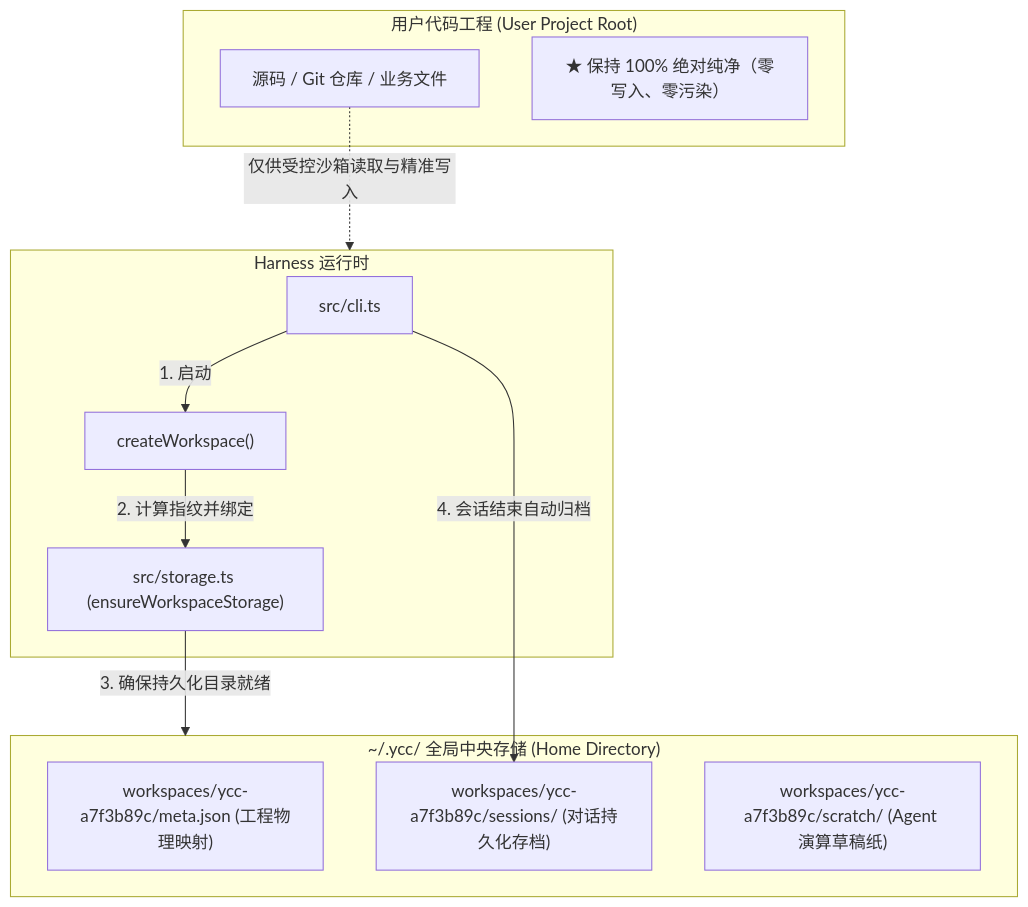
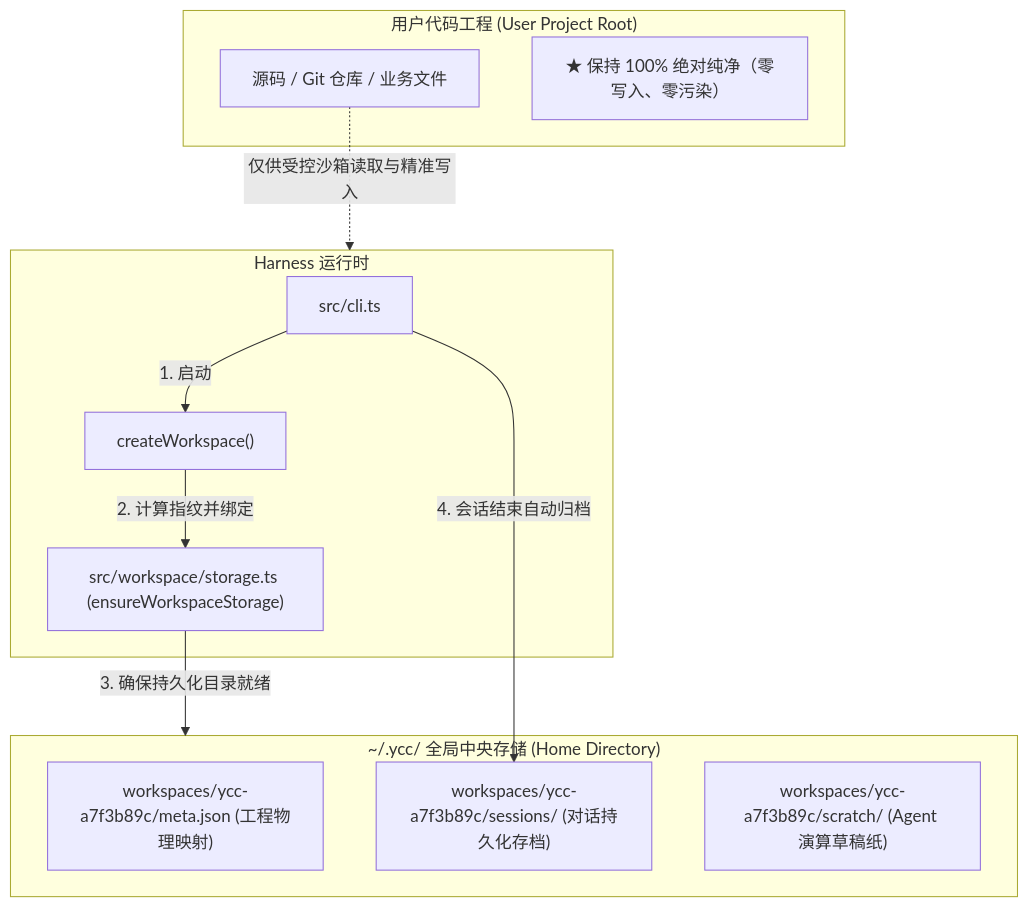
Before and after one commit to Yancheng-s/ycc: the first of 2 diagrams in docs/09-workspace-global-storage.md, drawn with Mermaid. The commit also changed other lines of this file and 15 other files, not shown here.

````diff
--- a/docs/09-workspace-global-storage.md
+++ b/docs/09-workspace-global-storage.md
@@ -85,25 +85,25 @@
 ```mermaid
 flowchart TD
     subgraph HostProject ["用户代码工程 (User Project Root)"]
         SourceCode["源码 / Git 仓库 / 业务文件"]
         NoLitter["★ 保持 100% 绝对纯净（零写入、零污染）"]
     end
 
     subgraph YccHome ["~/.ycc/ 全局中央存储 (Home Directory)"]
         MetaFile["workspaces/ycc-a7f3b89c/meta.json (工程物理映射)"]
         SessionsDir["workspaces/ycc-a7f3b89c/sessions/ (对话持久化存档)"]
         ScratchDir["workspaces/ycc-a7f3b89c/scratch/ (Agent 演算草稿纸)"]
     end
 
     subgraph Runtime ["Harness 运行时"]
         CLI["src/cli.ts"]
         WS["createWorkspace()"]
-        Storage["src/storage.ts (ensureWorkspaceStorage)"]
+        Storage["src/workspace/storage.ts (ensureWorkspaceStorage)"]
     end
 
     CLI -->|1. 启动| WS
     WS -->|2. 计算指纹并绑定| Storage
     Storage -->|3. 确保持久化目录就绪| YccHome
     SourceCode -.->|仅供受控沙箱读取与精准写入| Runtime
     CLI -->|4. 会话结束自动归档| SessionsDir
 ```
````
